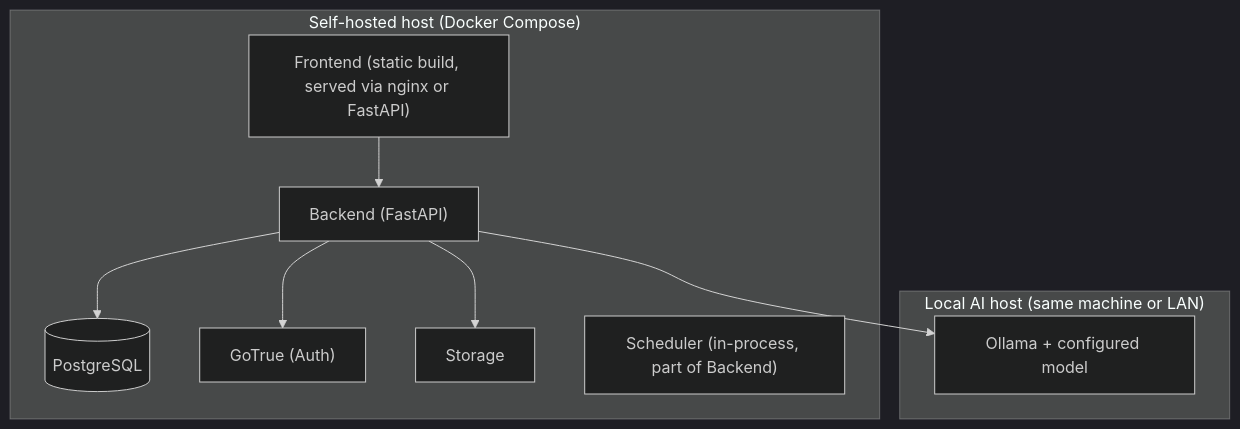
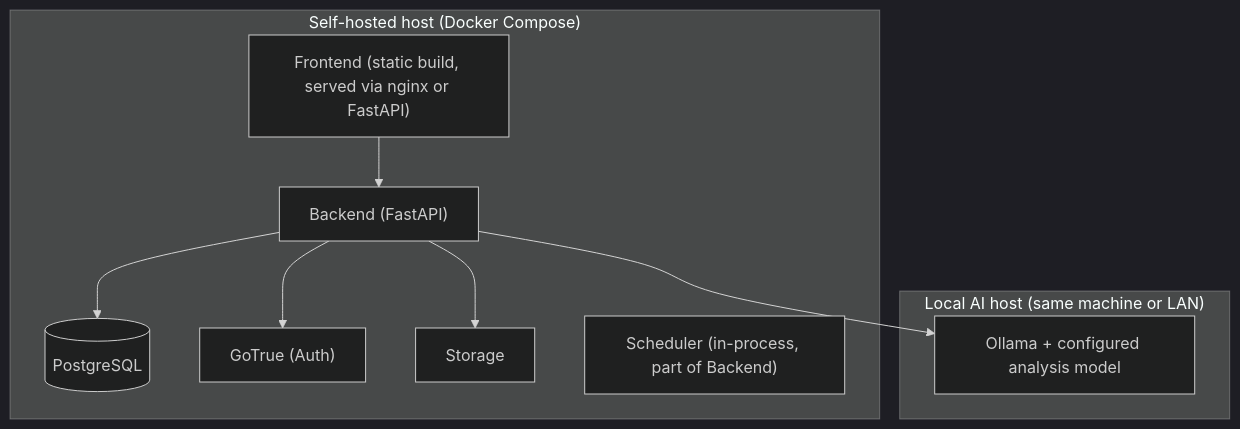
The diagram in docs/10-deployment-and-dev-workflow.md (wassimrahoui/adhd-job-agent), drawn with Mermaid (dark theme) before and after one commit. The commit also changed other lines of this file and 9 other files, not shown here.

Commit message:
docs: reconcile architecture and simplify MVP scope (batch 2/2 - UX, database, API, testing, deployment, roadmap, ADRs, risks, model eval, dev process)

````diff
--- a/docs/10-deployment-and-dev-workflow.md
+++ b/docs/10-deployment-and-dev-workflow.md
@@ -33,19 +32,19 @@
 ```mermaid
 flowchart TB
     subgraph Host["Self-hosted host (Docker Compose)"]
         FE["Frontend (static build, served via nginx or FastAPI)"]
         BE["Backend (FastAPI)"]
         PG[("PostgreSQL")]
         AUTH["GoTrue (Auth)"]
         STOR["Storage"]
         SCHED["Scheduler (in-process, part of Backend)"]
     end
     subgraph AIHost["Local AI host (same machine or LAN)"]
-        OLLAMA["Ollama + configured model"]
+        OLLAMA["Ollama + configured analysis model"]
     end
     BE --> PG
     BE --> AUTH
     BE --> STOR
     BE --> OLLAMA
     FE --> BE
 ```
````
